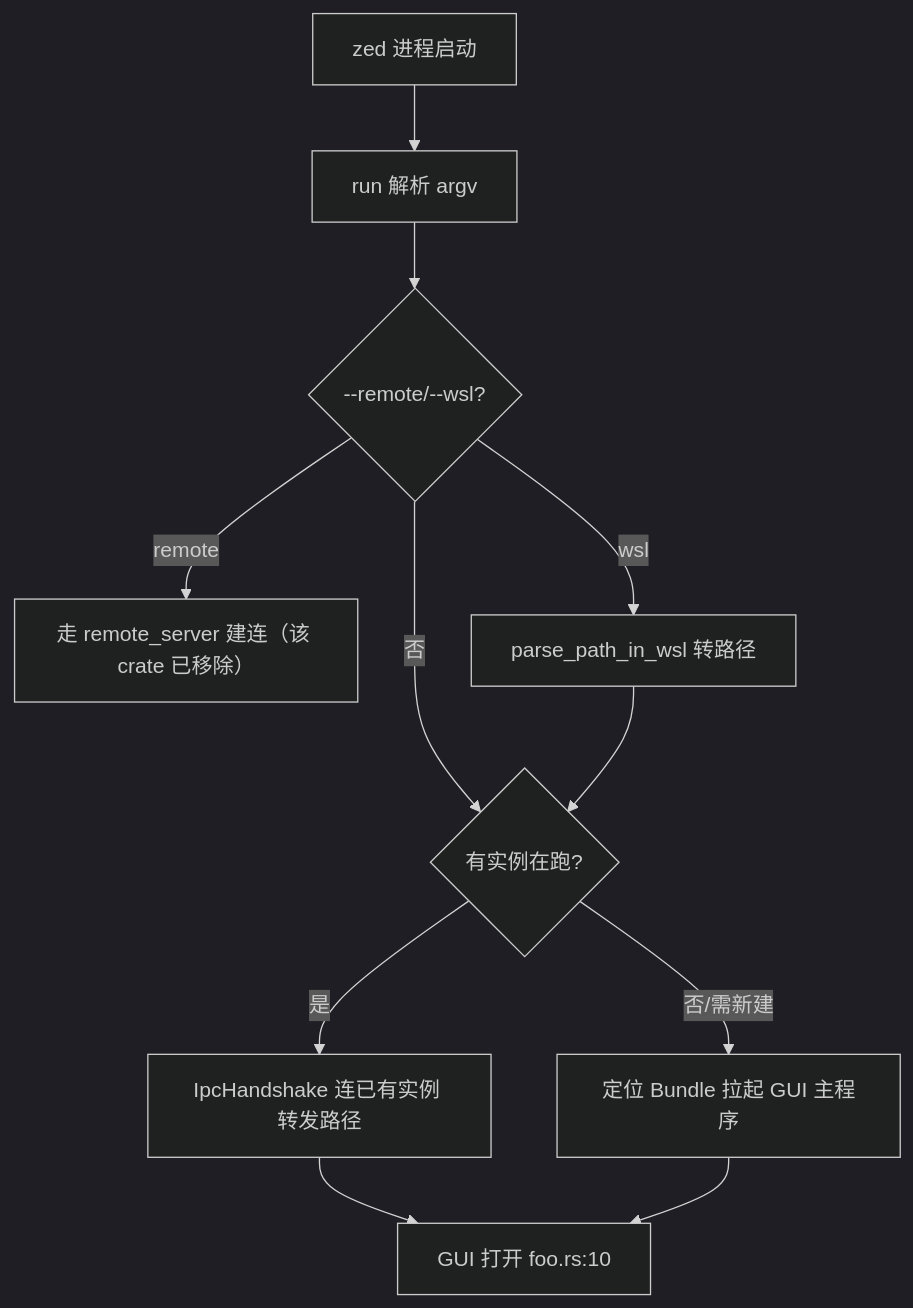
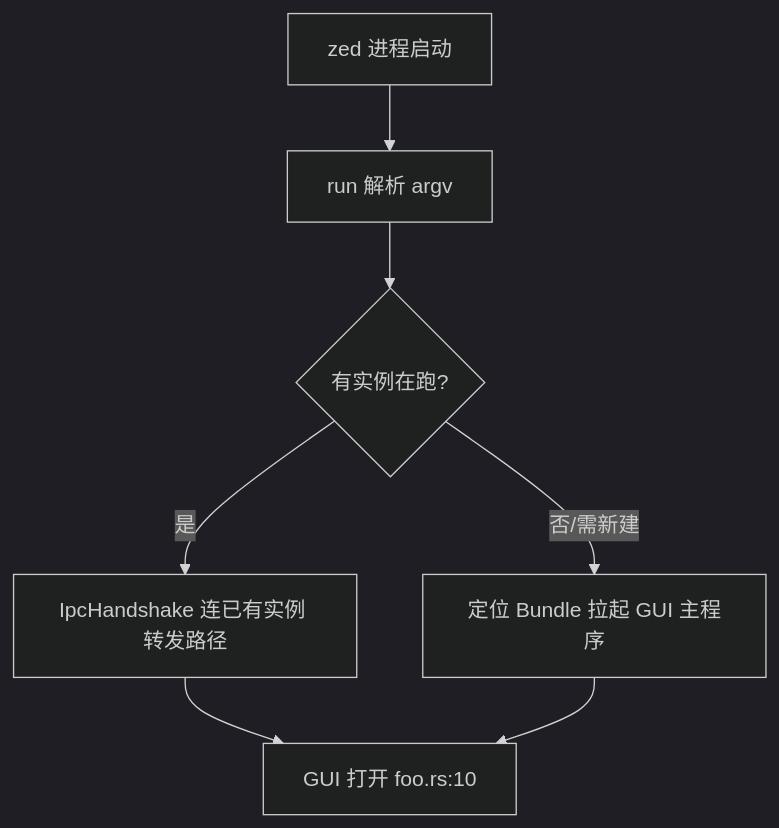
Before and after one commit to rzhangjing/zed: the diagram in wiki/CLI-and-Packaging-Deep-Dive.md, drawn with Mermaid (dark theme). The commit also changed other lines of this file and 206 other files, not shown here.

````diff
--- a/wiki/CLI-and-Packaging-Deep-Dive.md
+++ b/wiki/CLI-and-Packaging-Deep-Dive.md
@@ -60,13 +59,9 @@
 ```mermaid
 graph TB
     A[zed 进程启动] --> B[run 解析 argv]
-    B --> C{--remote/--wsl?}
-    C -->|remote| D["走 remote_server 建连（该 crate 已移除）"]
-    C -->|wsl| E[parse_path_in_wsl 转路径]
-    C -->|否| F{有实例在跑?}
-    E --> F
+    B --> F{有实例在跑?}
     F -->|是| G[IpcHandshake 连已有实例 转发路径]
     F -->|否/需新建| H[定位 Bundle 拉起 GUI 主程序]
     G --> I[GUI 打开 foo.rs:10]
     H --> I
 ```
````
